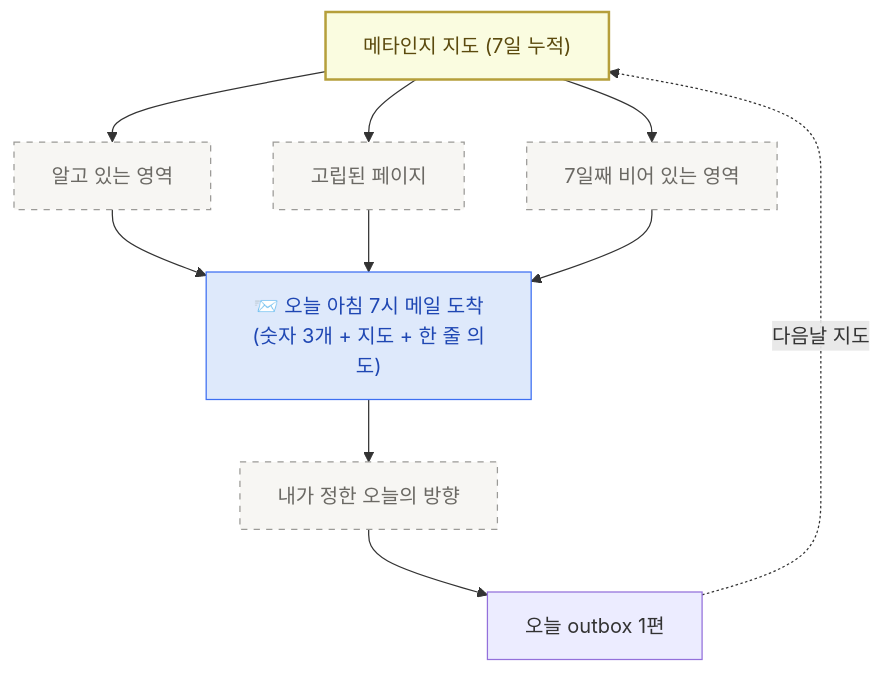
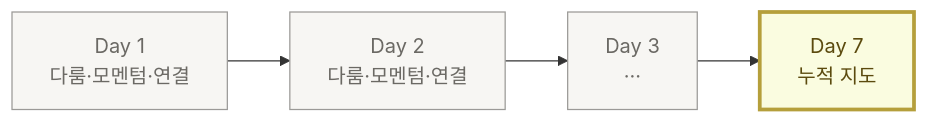
Before and after one commit to imakerjun/ai-learning-agent-workshop: the second of 2 diagrams in content/dashboard.mdx, drawn with Mermaid. The commit also changed other lines of this file, not shown here.

````diff
--- a/content/dashboard.mdx
+++ b/content/dashboard.mdx
@@ -141,27 +151,16 @@
 ```mermaid
-flowchart TD
-    Map["메타인지 지도 (7일 누적)"]
-    Known["알고 있는 영역"]
-    Isolated["고립된 페이지"]
-    Empty["7일째 비어 있는 영역"]
-    Mail["📨 오늘 아침 7시 메일 도착<br/>(숫자 3개 + 지도 + 한 줄 의도)"]
-    Direction["내가 정한 오늘의 방향"]
-    Today["오늘 outbox 1편"]
+flowchart LR
+    Day1["Day 1<br/>다룸·모멘텀·연결"]
+    Day2["Day 2<br/>다룸·모멘텀·연결"]
+    Day3["Day 3<br/>···"]
+    Day7["Day 7<br/>누적 지도"]
 
-    Map --> Known
-    Map --> Isolated
-    Map --> Empty
-    Known --> Mail
-    Isolated --> Mail
-    Empty --> Mail
-    Mail --> Direction
-    Direction --> Today
-    Today -.다음날 지도.-> Map
+    Day1 --> Day2
+    Day2 --> Day3
+    Day3 --> Day7
 
-    classDef now fill:#dee9fb,stroke:#3d6ff2,color:#1f47b3
-    classDef axis fill:#fafce0,stroke:#b59f3b,stroke-width:2px,color:#5b4a0e
-    classDef next fill:#f7f6f3,stroke:#9b9a97,stroke-dasharray:5,color:#6b6964
-    class Mail now
-    class Map axis
-    class Known,Isolated,Empty,Direction next
+    classDef day fill:#f7f6f3,stroke:#9b9a97,color:#6b6964
+    classDef final fill:#fafce0,stroke:#b59f3b,stroke-width:3px,color:#5b4a0e
+    class Day1,Day2,Day3 day
+    class Day7 final
 ```
````
